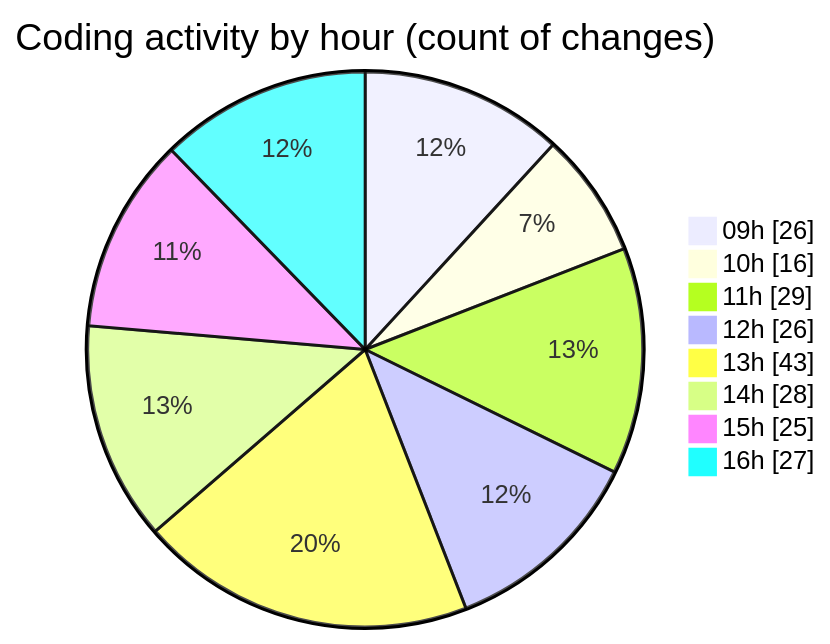
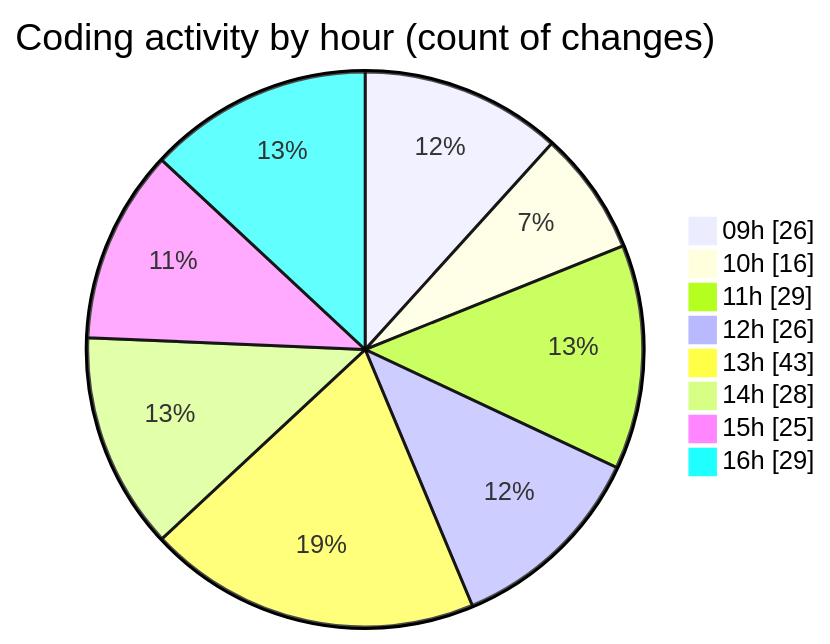
One commit to momahboobian/code-tracking changed the second of 2 diagrams in 2025-11-17/cda/README.md. Above: the diagram before and after it, drawn with Mermaid. The commit also changed other lines of this file and 1 other file, not shown here.

````diff
--- a/2025-11-17/cda/README.md
+++ b/2025-11-17/cda/README.md
@@ -42,12 +43,12 @@
 ```mermaid
 pie showData
 title Coding activity by hour (count of changes)
 "09h" : 26
 "10h" : 16
 "11h" : 29
 "12h" : 26
 "13h" : 43
 "14h" : 28
 "15h" : 25
-"16h" : 27
+"16h" : 29
 ```
````
